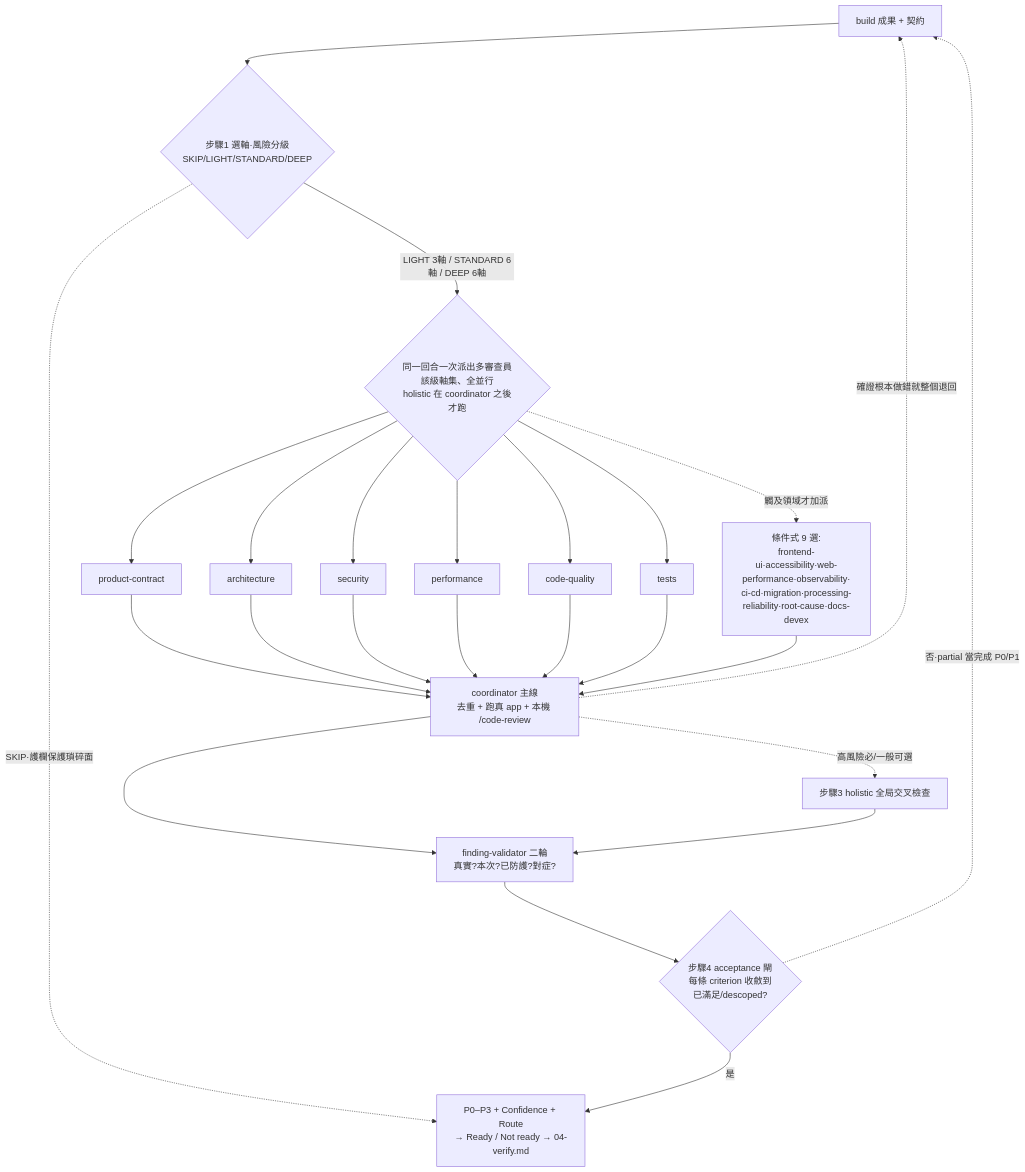
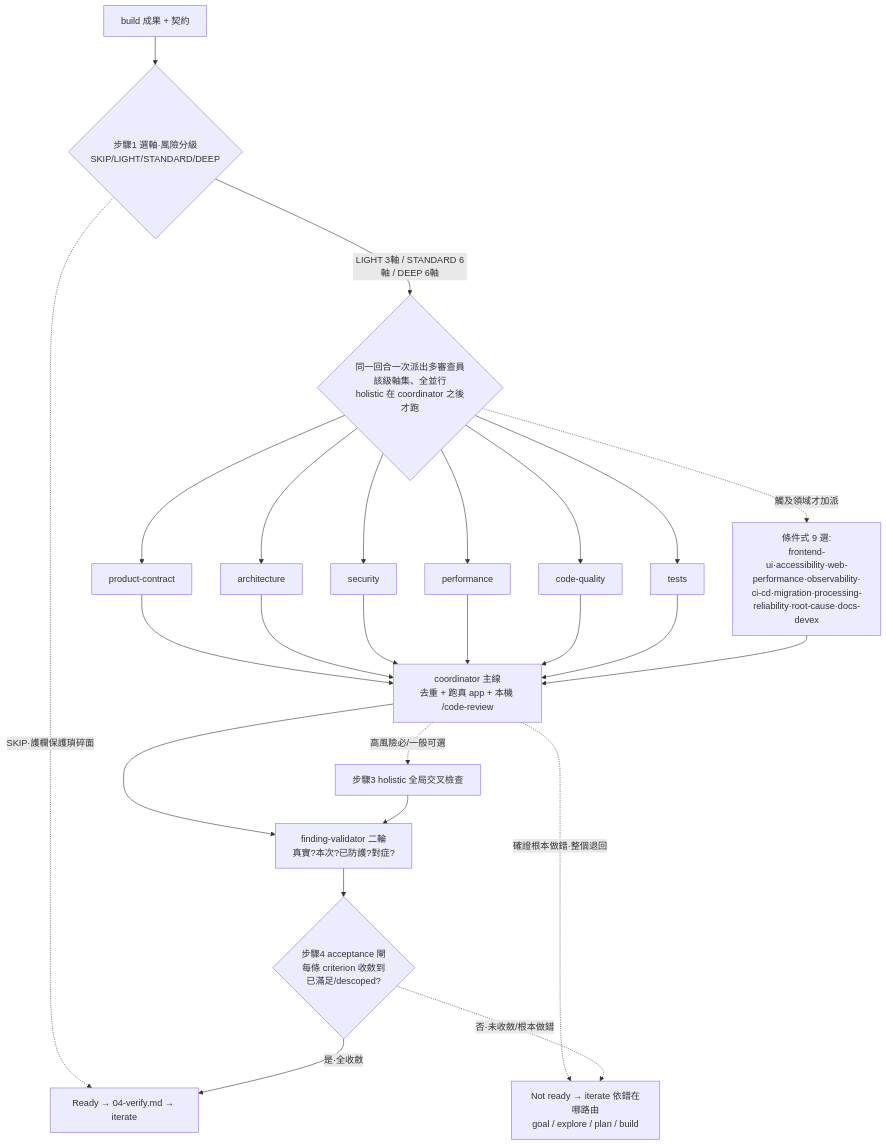
One commit to adha9990/dev-workflows changed the third of 3 diagrams in plugins/loops-workflow/docs/FLOW.md. Above: the diagram before and after it, drawn with Mermaid. The commit also changed other lines of this file and 2 other files, not shown here.

Commit message:
fix(verify): 退回目標精確化 — verify 不是回 build，是交 iterate 路由
之前 #61/#65 把「做錯就整個退回」寫死成「退回 build」，不精確：verify 一律
先進 iterate，由 iterate 依「錯在哪」路由回對的階段——解錯問題/方向錯→goal/
explore、設計或拆解缺陷→plan、單純實作 bug 才→build。寫死 build 對「解錯問題/
設計缺陷」是錯的（重 build 沒用，要重想/重設計）。

- SKILL.md 步驟 4 / Red Flag / Verification / frontmatter：「整個退回 build」
  → 「整個退回，交 iterate 依錯在哪路由 goal/explore/plan/build」。
- verify-triage.md catastrophic-miss 段同步。
- FLOW.md mermaid：兩條 bounce 邊從 -> BUILD 改指新 ITER 節點
  「Not ready → iterate 依錯在哪路由 goal/explore/plan/build」；敘述同步。

純措辭精確化，機制不變（verify→iterate→路由本就是既有流程）。

Claude-Session: https://claude.ai/code/session_019rg6oUgnvaBABivvzSPVpC

````diff
--- a/plugins/loops-workflow/docs/FLOW.md
+++ b/plugins/loops-workflow/docs/FLOW.md
@@ -165,21 +165,21 @@
 ```mermaid
 flowchart TD
     BUILD[build 成果 + 契約] --> TR{步驟1 選軸·風險分級<br/>SKIP/LIGHT/STANDARD/DEEP}
     TR -.SKIP·護欄保護瑣碎面.-> OUT
     TR -->|LIGHT 3軸 / STANDARD 6軸 / DEEP 6軸| FAN{同一回合一次派出多審查員<br/>該級軸集、全並行<br/>holistic 在 coordinator 之後才跑}
     FAN --> C1[product-contract]
     FAN --> C2[architecture]
     FAN --> C3[security]
     FAN --> C4[performance]
     FAN --> C5[code-quality]
     FAN --> C6[tests]
     FAN -.觸及領域才加派.-> COND[條件式 9 選:<br/>frontend-ui·accessibility·web-performance·observability·<br/>ci-cd·migration·processing-reliability·root-cause·docs-devex]
     C1 & C2 & C3 & C4 & C5 & C6 & COND --> CO[coordinator 主線<br/>去重 + 跑真 app + 本機 /code-review]
-    CO -.確證根本做錯就整個退回.-> BUILD
+    CO -.確證根本做錯·整個退回.-> ITER
     CO -.高風險必/一般可選.-> HOL[步驟3 holistic 全局交叉檢查]
     CO --> FV[finding-validator 二輪<br/>真實?本次?已防護?對症?]
     HOL --> FV
     FV --> AC{步驟4 acceptance 閘<br/>每條 criterion 收斂到<br/>已滿足/descoped?}
-    AC -.否·partial 當完成 P0/P1.-> BUILD
-    AC -->|是| OUT[P0–P3 + Confidence + Route<br/>→ Ready / Not ready → 04-verify.md]
+    AC -.否·未收斂/根本做錯.-> ITER[Not ready → iterate 依錯在哪路由<br/>goal / explore / plan / build]
+    AC -->|是·全收斂| OUT[Ready → 04-verify.md → iterate]
 ```
````
